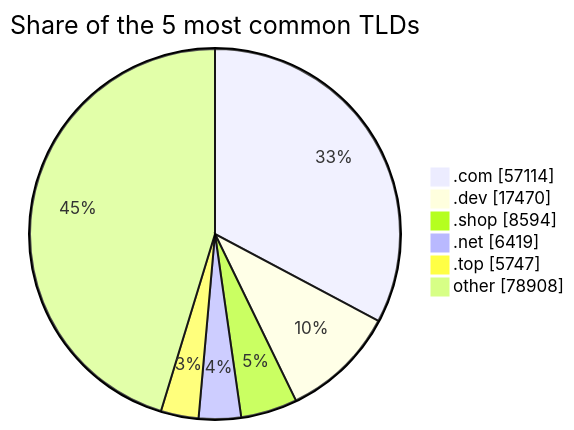
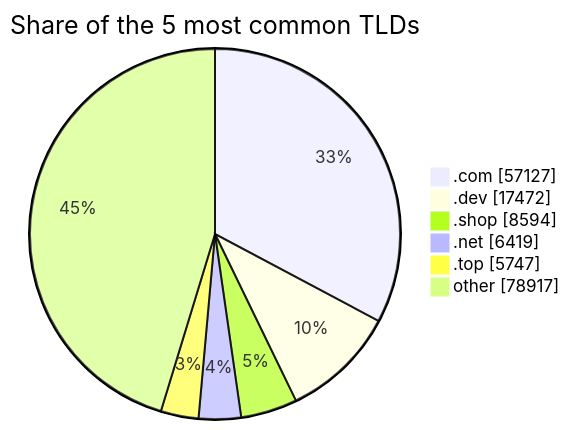
The third of 3 diagrams in README.md (DNSBunker/CTI), drawn with Mermaid before and after one commit. The commit also changed other lines of this file and 3 other files, not shown here.

````diff
--- a/README.md
+++ b/README.md
@@ -81,9 +81,9 @@
 ```mermaid
 pie showData title Share of the 5 most common TLDs
-    ".com" : 57114
-    ".dev" : 17470
+    ".com" : 57127
+    ".dev" : 17472
     ".shop" : 8594
     ".net" : 6419
     ".top" : 5747
-    "other" : 78908
+    "other" : 78917
 ```
````
